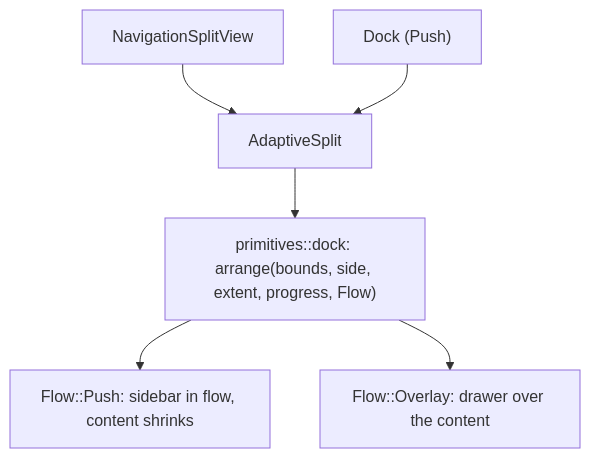
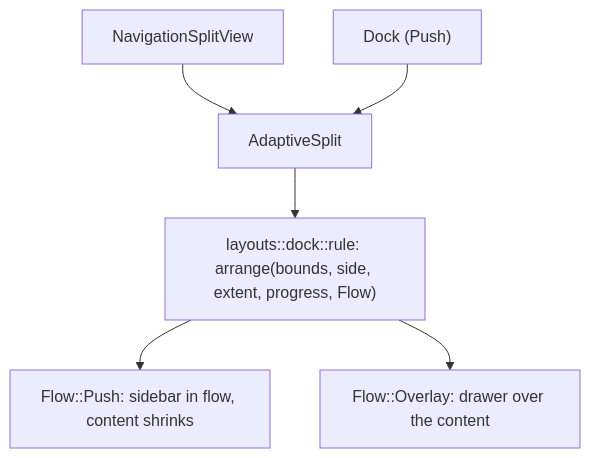
The second of 2 diagrams in docs/lib/layout.md (VaZark/iced-libadwaita), drawn with Mermaid before and after one commit. The commit also changed other lines of this file and 455 other files, not shown here.

````diff
--- a/docs/lib/layout.md
+++ b/docs/lib/layout.md
@@ -29,8 +29,8 @@
 ```mermaid
 flowchart TD
     NSV["NavigationSplitView"] --> AS["AdaptiveSplit"]
-    AS --> G["primitives::dock: arrange(bounds, side, extent, progress, Flow)"]
+    AS --> G["layouts::dock::rule: arrange(bounds, side, extent, progress, Flow)"]
     Dock["Dock (Push)"] --> AS
     G --> Push["Flow::Push: sidebar in flow, content shrinks"]
     G --> Over["Flow::Overlay: drawer over the content"]
 ```
````
